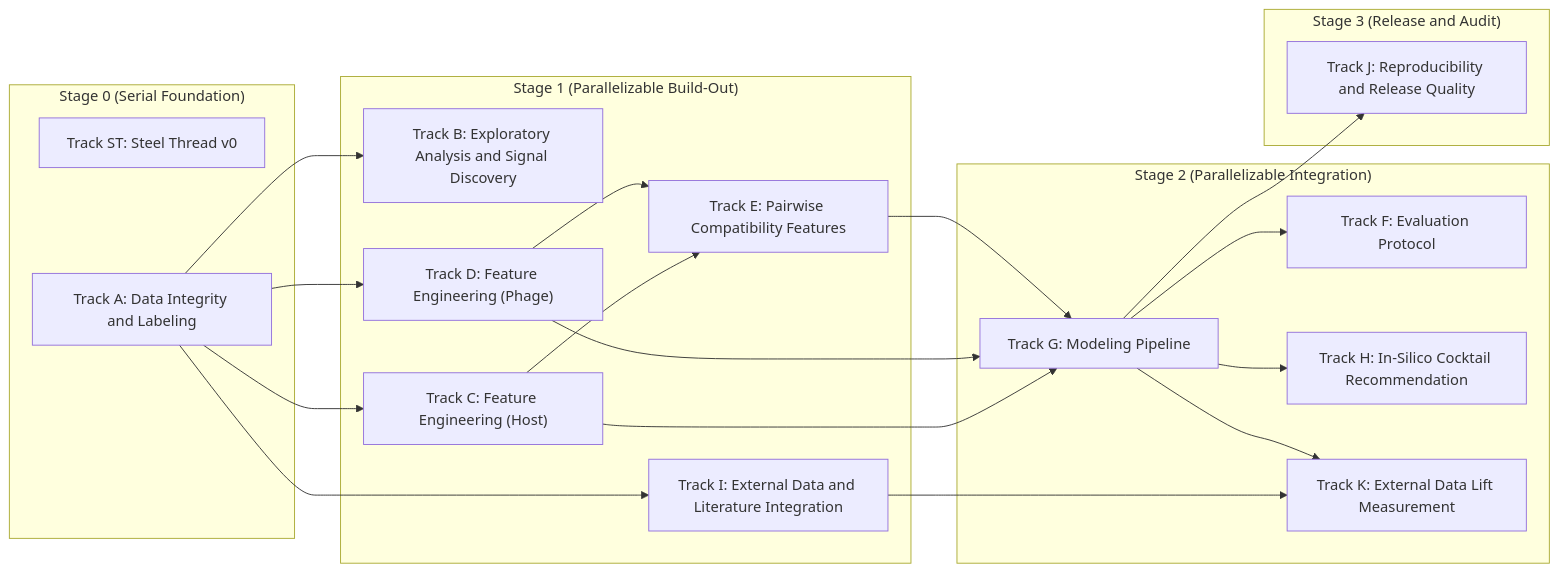
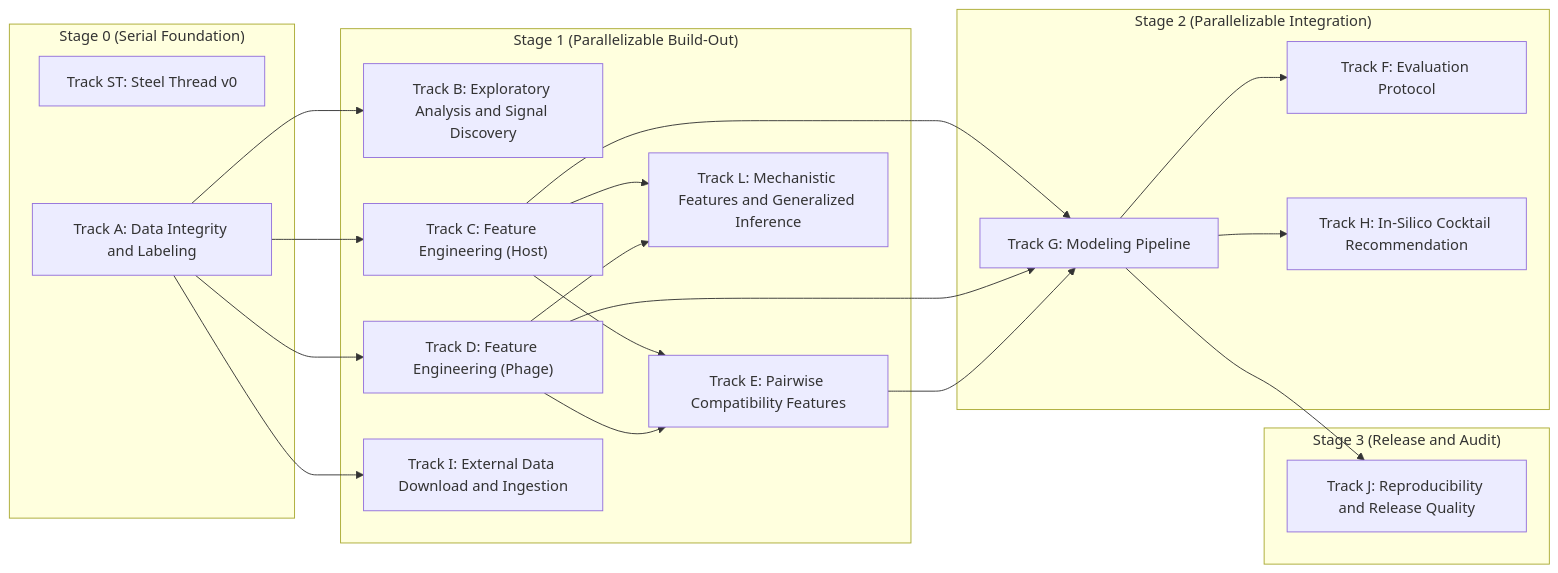
Before and after one commit to LorenaDerezanin/coli_phage_interactions_2023: the diagram in lyzortx/research_notes/PLAN.md, drawn with Mermaid. The commit also changed other lines of this file and 29 other files, not shown here.

First line of the commit message:
V2 plan restructure: delete Track K, trim Track I, add Track L with generalized inference (#251)

````diff
--- a/lyzortx/research_notes/PLAN.md
+++ b/lyzortx/research_notes/PLAN.md
@@ -7,41 +7,41 @@
 ```mermaid
 graph LR
   subgraph s0["Stage 0 (Serial Foundation)"]
     tst["Track ST: Steel Thread v0"]
     ta["Track A: Data Integrity and Labeling"]
   end
 
   subgraph s1["Stage 1 (Parallelizable Build-Out)"]
     tb["Track B: Exploratory Analysis and Signal Discovery"]
     tc["Track C: Feature Engineering (Host)"]
     td["Track D: Feature Engineering (Phage)"]
     te["Track E: Pairwise Compatibility Features"]
-    ti["Track I: External Data and Literature Integration"]
+    ti["Track I: External Data Download and Ingestion"]
+    tl["Track L: Mechanistic Features and Generalized Inference"]
   end
 
   subgraph s2["Stage 2 (Parallelizable Integration)"]
     tf["Track F: Evaluation Protocol"]
     tg["Track G: Modeling Pipeline"]
     th["Track H: In-Silico Cocktail Recommendation"]
-    tk["Track K: External Data Lift Measurement"]
   end
 
   subgraph s3["Stage 3 (Release and Audit)"]
     tj["Track J: Reproducibility and Release Quality"]
   end
 
   ta --> tb
   ta --> tc
   ta --> td
   tc --> te
   td --> te
   tg --> tf
   tc --> tg
   td --> tg
   te --> tg
   tg --> th
   ta --> ti
-  ti --> tk
-  tg --> tk
+  tc --> tl
+  td --> tl
   tg --> tj
 ```
````
